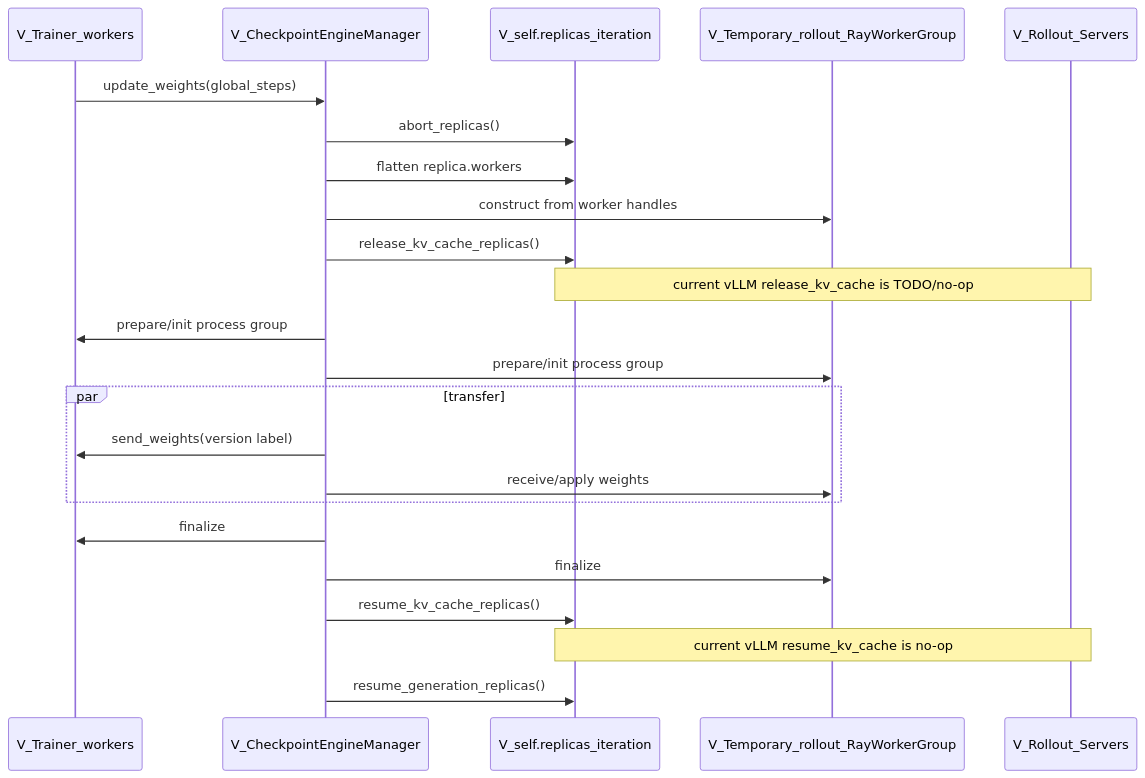
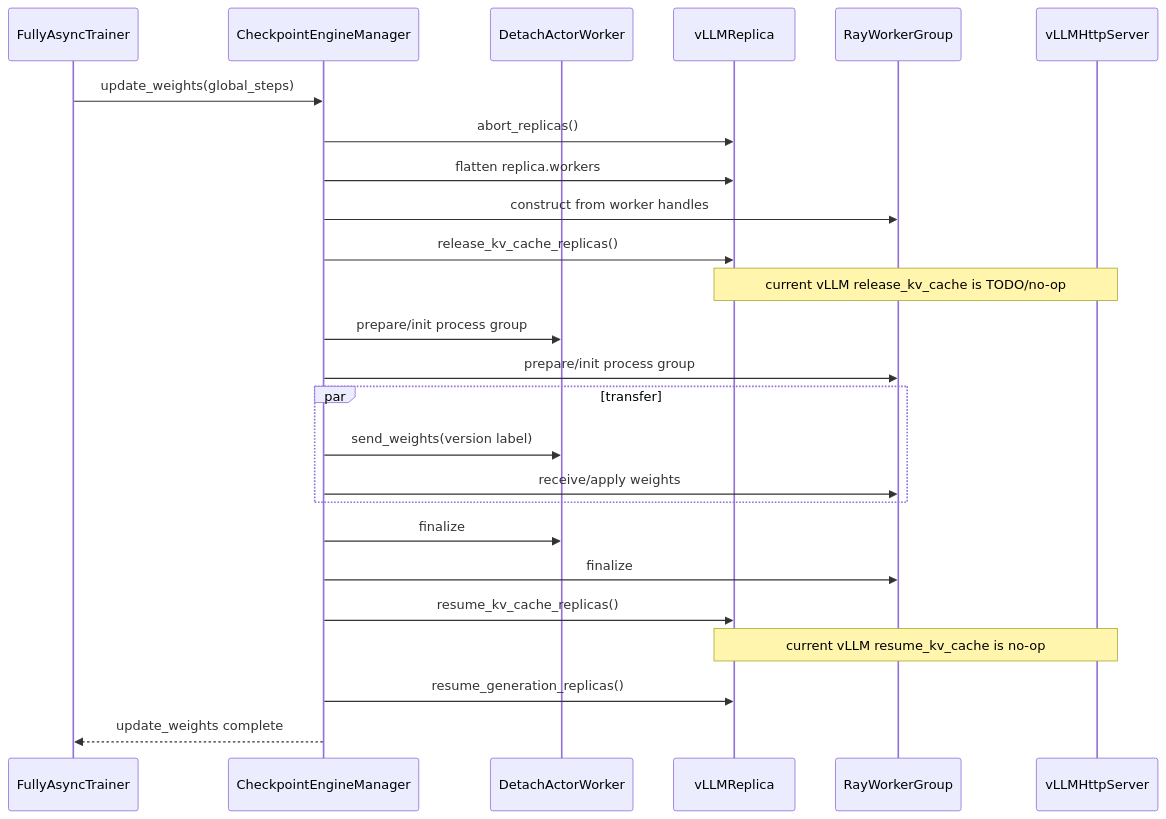
Diagram 12 of 13 in multi_task_scheduler/STANDALONE.md (niuypei/multi_task_verl), drawn with Mermaid before and after one commit. The commit also changed other lines of this file and 4 other files, not shown here.

````diff
--- a/multi_task_scheduler/STANDALONE.md
+++ b/multi_task_scheduler/STANDALONE.md
@@ -1156,26 +2122,28 @@
 ```mermaid
 sequenceDiagram
-    participant T as V_Trainer_workers
-    participant CE as V_CheckpointEngineManager
-    participant R as V_self.replicas_iteration
-    participant RWG as V_Temporary_rollout_RayWorkerGroup
-    participant S as V_Rollout_Servers
+    participant T as FullyAsyncTrainer
+    participant CE as CheckpointEngineManager
+    participant TW as DetachActorWorker
+    participant R as vLLMReplica
+    participant RWG as RayWorkerGroup
+    participant S as vLLMHttpServer
 
     T->>CE: update_weights(global_steps)
     CE->>R: abort_replicas()
     CE->>R: flatten replica.workers
     CE->>RWG: construct from worker handles
     CE->>R: release_kv_cache_replicas()
     Note over R,S: current vLLM release_kv_cache is TODO/no-op
-    CE->>T: prepare/init process group
+    CE->>TW: prepare/init process group
     CE->>RWG: prepare/init process group
     par transfer
-        CE->>T: send_weights(version label)
+        CE->>TW: send_weights(version label)
         CE->>RWG: receive/apply weights
     end
-    CE->>T: finalize
+    CE->>TW: finalize
     CE->>RWG: finalize
     CE->>R: resume_kv_cache_replicas()
     Note over R,S: current vLLM resume_kv_cache is no-op
     CE->>R: resume_generation_replicas()
+    CE-->>T: update_weights complete
 ```
````
